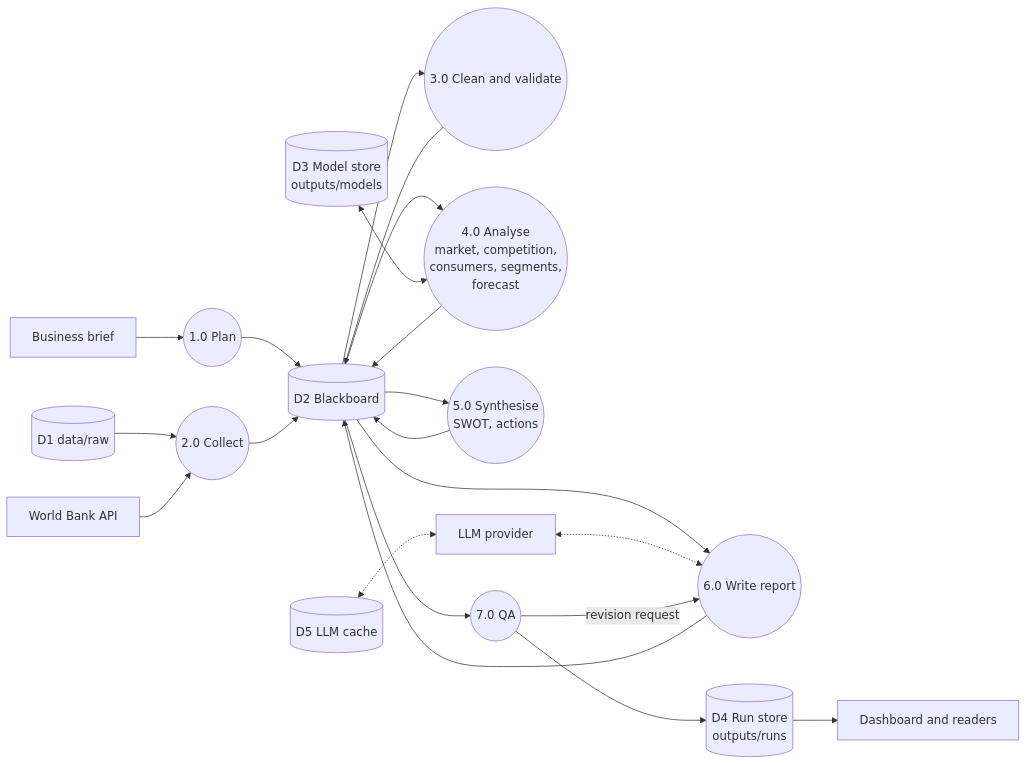
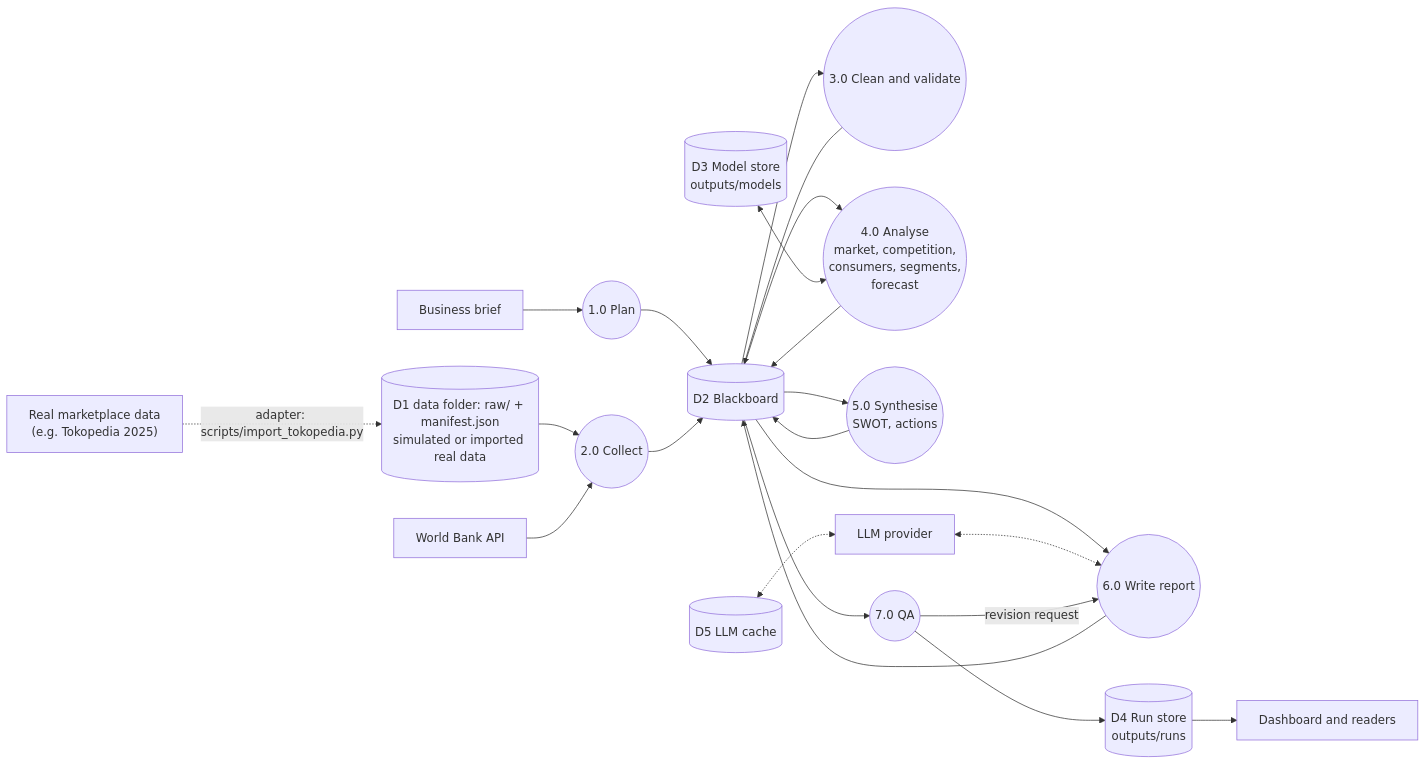
Before and after one commit to zidanarsyad/marketmind: the eighth of 12 diagrams in docs/ARCHITECTURE.md, drawn with Mermaid. The commit also changed other lines of this file and 35 other files, not shown here.

````diff
--- a/docs/ARCHITECTURE.md
+++ b/docs/ARCHITECTURE.md
@@ -389,23 +389,24 @@
 ```mermaid
 flowchart LR
     BRIEF["Business brief"] --> P1(("1.0 Plan"))
     P1 --> D2[("D2 Blackboard")]
-    CSV[("D1 data/raw")] --> P2(("2.0 Collect"))
+    CSV[("D1 data folder: raw/ + manifest.json<br/>simulated or imported real data")] --> P2(("2.0 Collect"))
+    REAL["Real marketplace data<br/>(e.g. Tokopedia 2025)"] -. "adapter: scripts/import_tokopedia.py" .-> CSV
     WBAPI["World Bank API"] --> P2
     P2 --> D2
     D2 --> P3(("3.0 Clean and validate"))
     P3 --> D2
     D2 --> P4(("4.0 Analyse<br/>market, competition,<br/>consumers, segments,<br/>forecast"))
     D3[("D3 Model store<br/>outputs/models")] <--> P4
     P4 --> D2
     D2 --> P5(("5.0 Synthesise<br/>SWOT, actions"))
     P5 --> D2
     D2 --> P6(("6.0 Write report"))
     LLMP["LLM provider"] <-.-> P6
     P6 --> D2
     D2 --> P7(("7.0 QA"))
     P7 -- "revision request" --> P6
     P7 --> D4[("D4 Run store<br/>outputs/runs")]
     D4 --> DASHB["Dashboard and readers"]
     D5[("D5 LLM cache")] <-.-> LLMP
 ```
````
